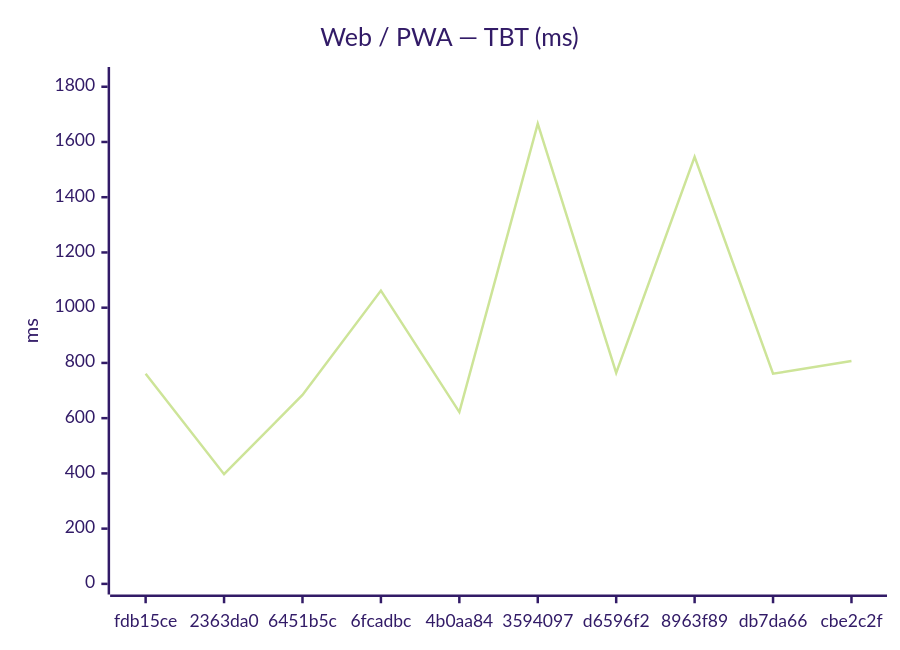
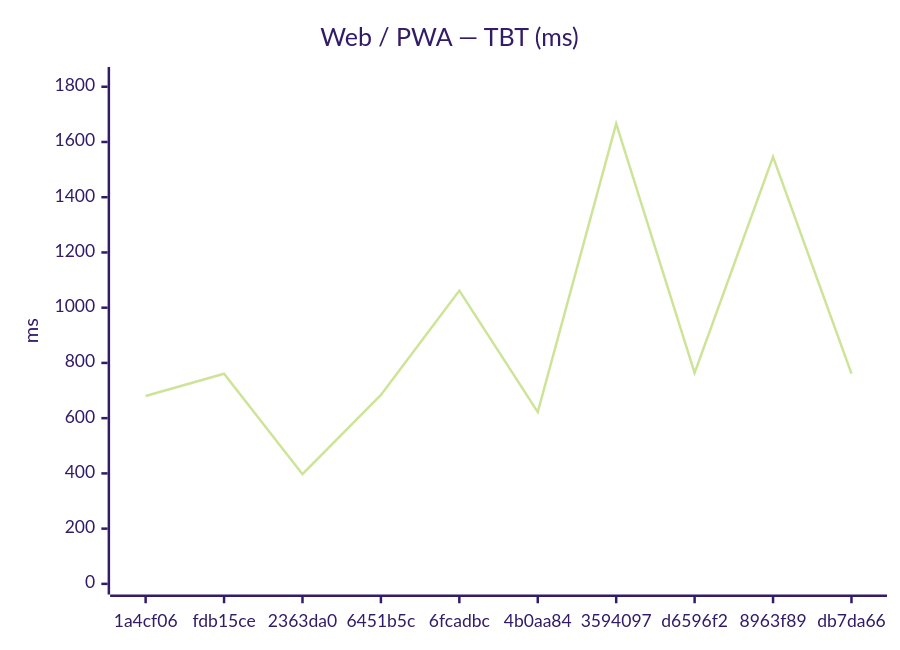
Before and after one commit to Metaheurist/Rianell: the second of 12 diagrams in benchmarks/compare.md, drawn with Mermaid (forest theme). The commit also changed other lines of this file and 8 other files, not shown here.

````diff
--- a/benchmarks/compare.md
+++ b/benchmarks/compare.md
@@ -31,7 +31,7 @@
 ```mermaid
 xychart-beta
     title "Web / PWA — TBT (ms)"
-    x-axis ["fdb15ce", "2363da0", "6451b5c", "6fcadbc", "4b0aa84", "3594097", "d6596f2", "8963f89", "db7da66", "cbe2c2f"]
+    x-axis ["1a4cf06", "fdb15ce", "2363da0", "6451b5c", "6fcadbc", "4b0aa84", "3594097", "d6596f2", "8963f89", "db7da66"]
     y-axis "ms" 0 --> 1833
-    line [761, 397, 684, 1062, 622, 1666, 764, 1546, 761, 807]
+    line [680, 761, 397, 684, 1062, 622, 1666, 764, 1546, 761]
 ```
````
